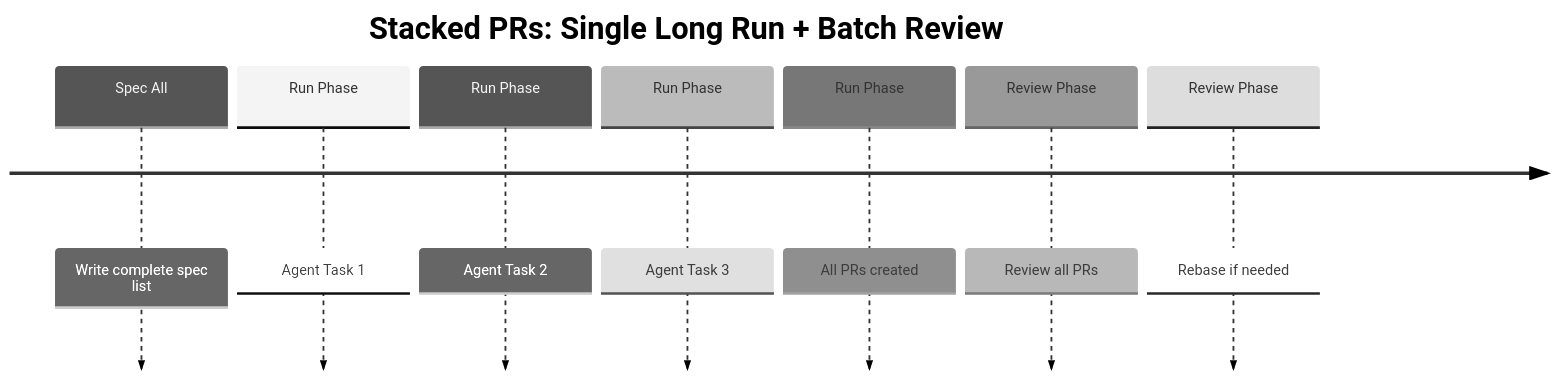
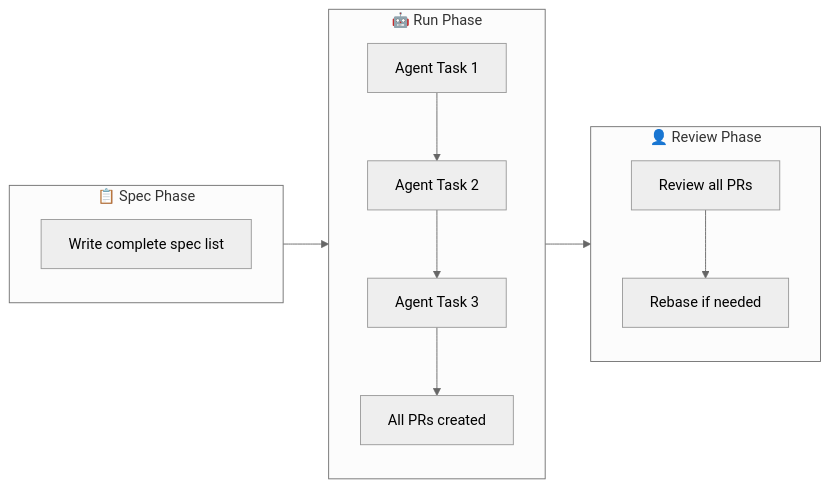
Before and after one commit to gpsaggese/gpsaggese.github.io: the third of 3 diagrams in website/docs/blog/posts/draft.how_to.Stacked_PRs_for_agentic_developent.md, drawn with Mermaid (neutral theme). The commit also changed other lines of this file and 4 other files, not shown here.

````diff
--- a/website/docs/blog/posts/draft.how_to.Stacked_PRs_for_agentic_developent.md
+++ b/website/docs/blog/posts/draft.how_to.Stacked_PRs_for_agentic_developent.md
@@ -129,11 +146,22 @@
 ```mermaid
-timeline
-  title Stacked PRs: Single Long Run + Batch Review
-  Spec All : Write complete spec list
-  Run Phase : Agent Task 1
-  Run Phase : Agent Task 2
-  Run Phase : Agent Task 3
-  Run Phase : All PRs created
-  Review Phase: Review all PRs
-  Review Phase: Rebase if needed
+graph LR
+    subgraph spec["📋 Spec Phase"]
+        S["Write complete spec list"]
+    end
+    
+    subgraph run["🤖 Run Phase"]
+        R1["Agent Task 1"]
+        R2["Agent Task 2"]
+        R3["Agent Task 3"]
+        R4["All PRs created"]
+        R1 --> R2 --> R3 --> R4
+    end
+    
+    subgraph review["👤 Review Phase"]
+        V1["Review all PRs"]
+        V2["Rebase if needed"]
+        V1 --> V2
+    end
+    
+    spec --> run --> review
 ```
````
